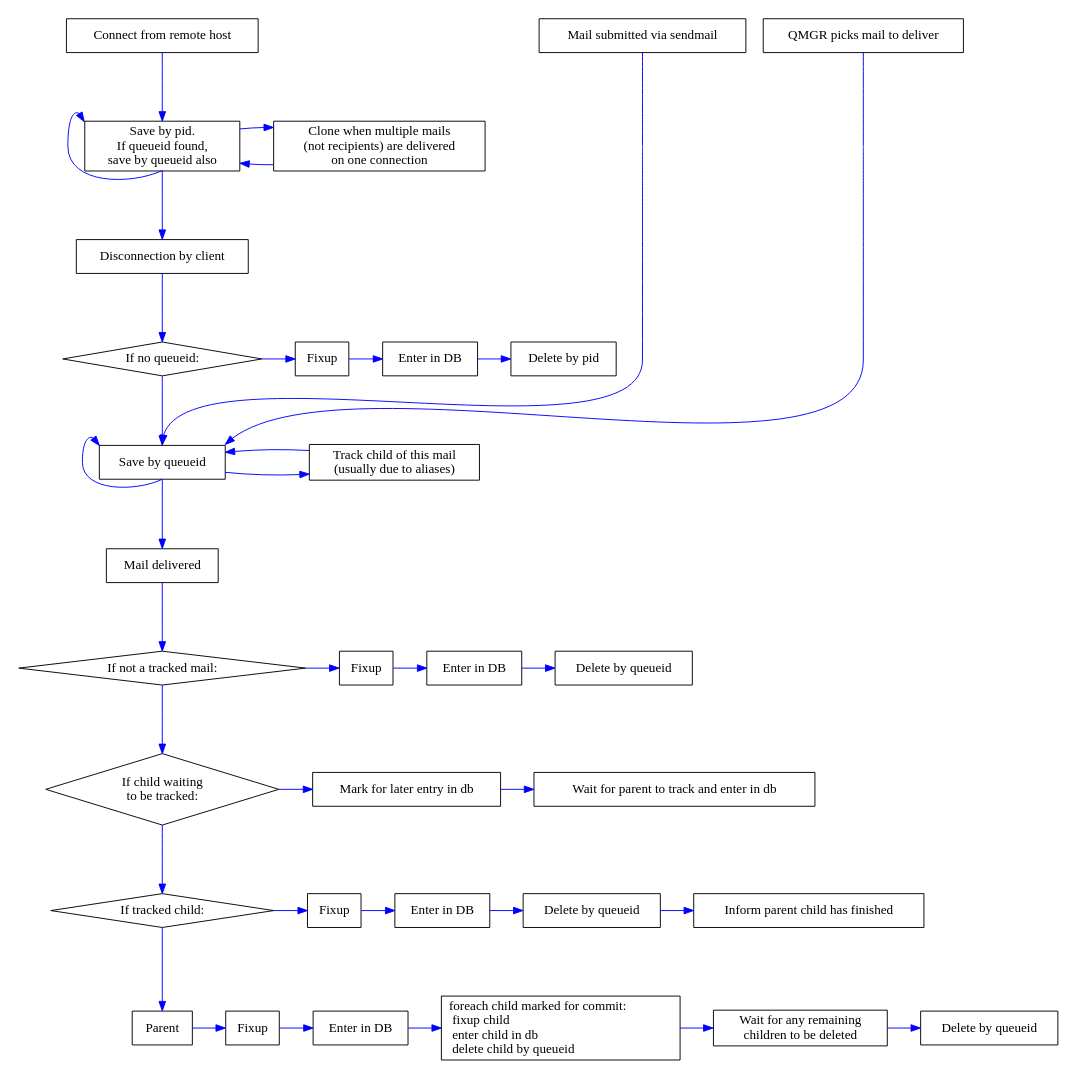
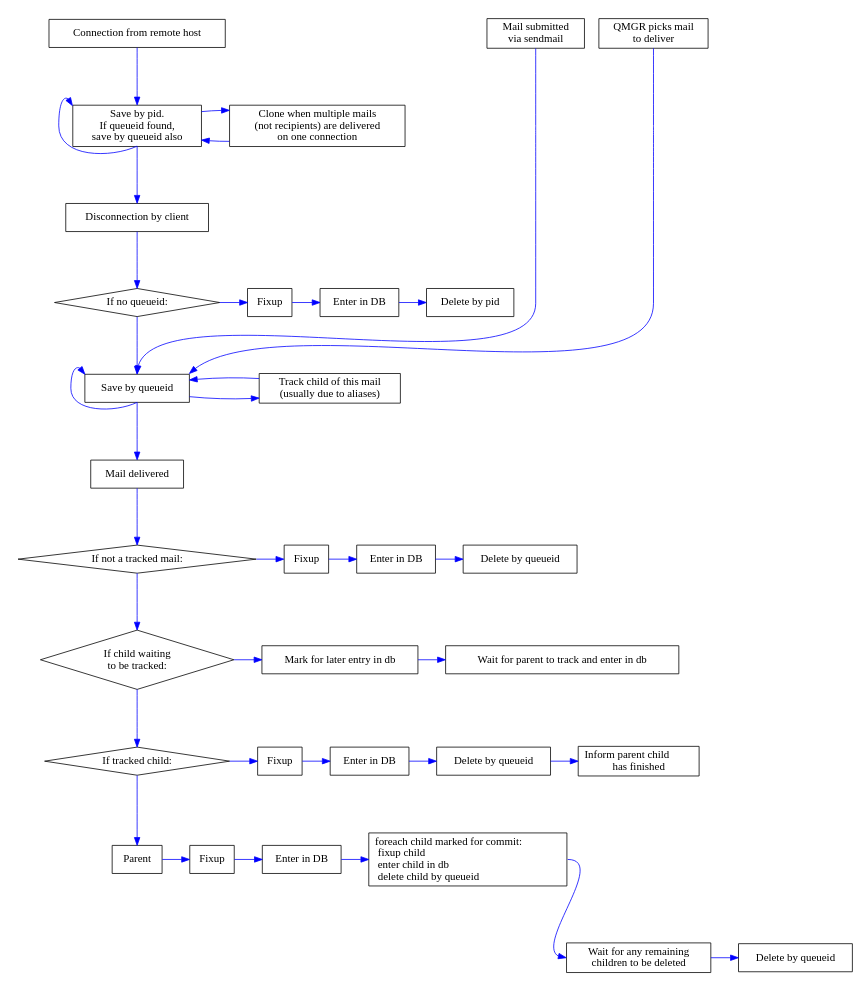
One commit to tobinjt/ASO changed the diagram in doc/logparser-flow-chart.dot. Above: the diagram before and after it, drawn with Graphviz.

Commit message:
Reasonably happy with this now, it fits on the page properly at least.

```diff
--- a/doc/logparser-flow-chart.dot
+++ b/doc/logparser-flow-chart.dot
@@ -1,175 +1,180 @@
+/* vim: set textwidth=160 : */
 /* $Id$ */
 
 digraph logparser {
     graph [
-        size = "7.3, 10.7"
+        size = "5.8, 8.7"
         margin = "0"
         center = true
     ]
     node [
         shape = box
     ]
     edge [
         color = blue
         fontcolor = red
         minlen = 2
     ]
 
     /* EDGES */
     /* Connect from client */
     connect                         -> { save_by_pid }
     save_by_pid                     -> { save_by_pid } [dir = back, headport = s, tailport = nw]
     save_by_pid                     -> { disconnect }
     clone                           -> { save_by_pid }
     save_by_pid                     -> { clone }
 
     /* Disconnect without queueid */
     disconnect                      -> { if_no_queueid }
     if_no_queueid                   -> { fixup_disconnect }
     fixup_disconnect                -> { enter_in_db_disconnect }
     enter_in_db_disconnect          -> { delete_by_pid_disconnect }
 
     /* Disconnect with queueid */
     if_no_queueid                   -> { save_by_queueid } [weight = 5]
 
     /* Misc entry */
     pickup                          -> { save_by_queueid } [headport = n]
     qmgr_chooses_mail               -> { save_by_queueid } [headport = ne]
 
     /* Save results by queueid */
     save_by_queueid                 -> { track } [minlen = 5]
     track                           -> { save_by_queueid }
     save_by_queueid                 -> { save_by_queueid } [dir = back, headport = s, tailport = nw]
     save_by_queueid                 -> { commit }
 
     /* Commit is complicated */
     /* Neither parent nor child. */
     commit                          -> { if_neither_parent_nor_child }
     if_neither_parent_nor_child     -> { fixup_npc }
     fixup_npc                       -> { enter_in_db_npc }
     enter_in_db_npc                 -> { delete_npc }
     /* Untracked child */
     if_neither_parent_nor_child     -> { if_untracked_child }
     if_untracked_child              -> { mark_for_commit }
     mark_for_commit                 -> { wait_for_parent_to_commit_me }
     if_untracked_child              -> { if_tracked_child }
     /* Tracked child */
     if_tracked_child                -> { fixup_tc }
     fixup_tc                        -> { enter_in_db_tc }
     enter_in_db_tc                  -> { delete_tc }
     delete_tc                       -> { maybe_delete_parent }
     /* Parent */
     if_tracked_child                -> { parent }
     parent                          -> { fixup_parent }
     fixup_parent                    -> { enter_in_db_parent }
+//    enter_in_db_parent                    -> { wait_for_children_to_be_deleted } [style = invis]
     enter_in_db_parent              -> { commit_children }
-    commit_children                 -> { wait_for_children_to_be_deleted }
+    commit_children                 -> { wait_for_children_to_be_deleted } [headport = w, tailport = e]
     wait_for_children_to_be_deleted -> { delete_parent }
 
     /* NODE LABELS */
     save_by_pid                     [label = "Save by pid.\nIf queueid found,\nsave by queueid also"]
-    connect                         [label = "Connect from remote host"]
+    connect                         [label = "Connection from remote host"]
     clone                           [label = "Clone when multiple mails\n(not recipients) are delivered\non one connection"]
 
     /* Disconnect without queueid */
     disconnect                      [label = "Disconnection by client"]
     if_no_queueid                   [label = "If no queueid:", shape = diamond]
     fixup_disconnect                [label = "Fixup"]
     enter_in_db_disconnect          [label = "Enter in DB"]
     delete_by_pid_disconnect        [label = "Delete by pid"]
 
     /* Disconnect with queueid - already covered */
 
     /* Misc entry */
-    pickup                          [label = "Mail submitted via sendmail"]
-    qmgr_chooses_mail               [label = "QMGR picks mail to deliver"]
+    pickup                          [label = "Mail submitted\nvia sendmail"]
+    qmgr_chooses_mail               [label = "QMGR picks mail\nto deliver"]
 
     /* Save results by queueid */
     save_by_queueid                 [label = "Save by queueid"]
     track                           [label = "Track child of this mail\n(usually due to aliases)"]
 
     /* Commit is complicated */
     /* Neither parent nor child. */
     commit                          [label = "Mail delivered"]
     if_neither_parent_nor_child     [label = "If not a tracked mail:", shape = diamond]
     fixup_npc                       [label = "Fixup"]
     enter_in_db_npc                 [label = "Enter in DB"]
     delete_npc                      [label = "Delete by queueid"]
 
     /* Untracked child */
     if_untracked_child              [label = "If child waiting\nto be tracked:", shape = diamond]
     mark_for_commit                 [label = "Mark for later entry in db"]
     wait_for_parent_to_commit_me    [label = "Wait for parent to track and enter in db"]
 
     /* Tracked child */
     if_tracked_child                [label = "If tracked child:", shape = diamond]
     fixup_tc                        [label = "Fixup"]
     enter_in_db_tc                  [label = "Enter in DB"]
     delete_tc                       [label = "Delete by queueid"]
-    maybe_delete_parent             [label = "Inform parent child has finished"]
+    maybe_delete_parent             [label = "Inform parent child\lhas finished"]
 
     /* Parent */
     parent                          [label = "Parent"]
     fixup_parent                    [label = "Fixup"]
     enter_in_db_parent              [label = "Enter in DB"]
     commit_children                 [label = "foreach child marked for commit:\l  fixup child\l  enter child in db\l  delete child by queueid\l", labeljust = l]
     delete_parent                   [label = "Delete by queueid"]
     wait_for_children_to_be_deleted [label = "Wait for any remaining \nchildren to be deleted"]
 
     /* SUB-GRAPHS */
     subgraph sources {
         rank = source
         pickup
         qmgr_chooses_mail
         connect
     }
     subgraph clone_or_save {
         rank = same
         clone
         save_by_pid
     }
     subgraph disconnect_without_queueid {
         rank = same
         if_no_queueid
         fixup_disconnect
         enter_in_db_disconnect
         delete_by_pid_disconnect
     }
     subgraph save_or_track {
         rank = same
         track
         save_by_queueid
     }
     subgraph not_tracked {
         rank = same
         if_neither_parent_nor_child
         fixup_npc
         enter_in_db_npc
         delete_npc
     }
     subgraph untracked_child {
         rank = same
         if_untracked_child
         mark_for_commit
         wait_for_parent_to_commit_me
     }
     subgraph tracked_child {
         rank = same
         if_tracked_child
         fixup_tc
         enter_in_db_tc
         delete_tc
         maybe_delete_parent
     }
     subgraph parent {
         rank = same
         parent
         fixup_parent
         enter_in_db_parent
         commit_children
+    }
+    subgraph parent_waiting {
+        rank = same
         wait_for_children_to_be_deleted
         delete_parent
     }
 
 
 }
```
